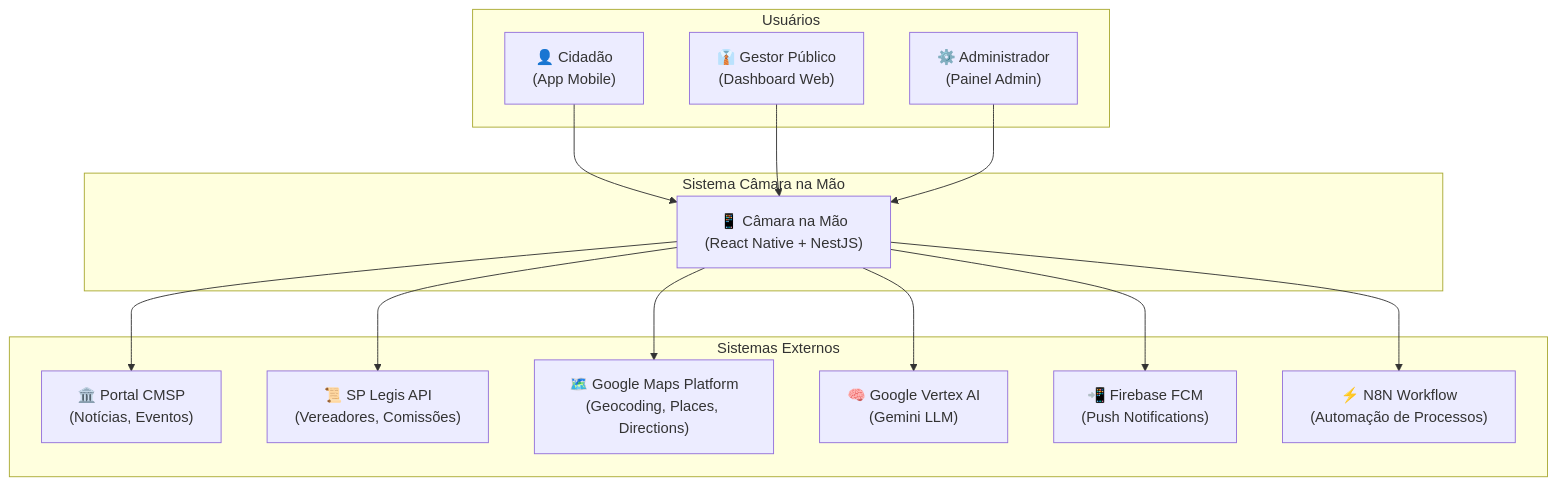
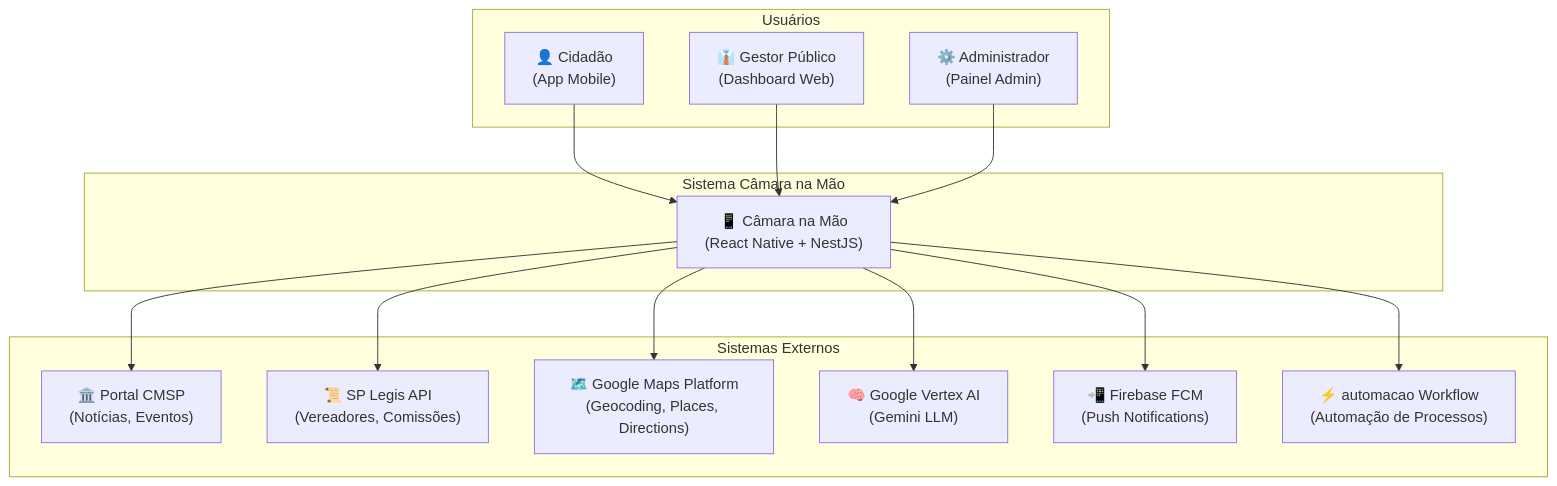
The fourth of 33 diagrams in docs/ESCOPO_E_ARQUITETURA_CAMARA_NA_MAO.md (MTechnologia/camana-na-mao), drawn with Mermaid before and after one commit. The commit also changed other lines of this file and 77 other files, not shown here.

````diff
--- a/docs/ESCOPO_E_ARQUITETURA_CAMARA_NA_MAO.md
+++ b/docs/ESCOPO_E_ARQUITETURA_CAMARA_NA_MAO.md
@@ -336,32 +336,32 @@
 ```mermaid
 flowchart TB
     subgraph Usuarios["Usuários"]
         Cidadao["👤 Cidadão<br/>(App Mobile)"]
         Gestor["👔 Gestor Público<br/>(Dashboard Web)"]
         Admin["⚙️ Administrador<br/>(Painel Admin)"]
     end
 
     subgraph Sistema["Sistema Câmara na Mão"]
         App["📱 Câmara na Mão<br/>(React Native + NestJS)"]
     end
 
     subgraph Externos["Sistemas Externos"]
         PortalCMSP["🏛️ Portal CMSP<br/>(Notícias, Eventos)"]
         SPLegis["📜 SP Legis API<br/>(Vereadores, Comissões)"]
         GoogleMaps["🗺️ Google Maps Platform<br/>(Geocoding, Places, Directions)"]
         VertexAI["🧠 Google Vertex AI<br/>(Gemini LLM)"]
         FCM["📲 Firebase FCM<br/>(Push Notifications)"]
-        N8N["⚡ N8N Workflow<br/>(Automação de Processos)"]
+        automacao["⚡ automacao Workflow<br/>(Automação de Processos)"]
     end
 
     Cidadao --> App
     Gestor --> App
     Admin --> App
 
     App --> PortalCMSP
     App --> SPLegis
     App --> GoogleMaps
     App --> VertexAI
     App --> FCM
-    App --> N8N
+    App --> automacao
 ```
````
